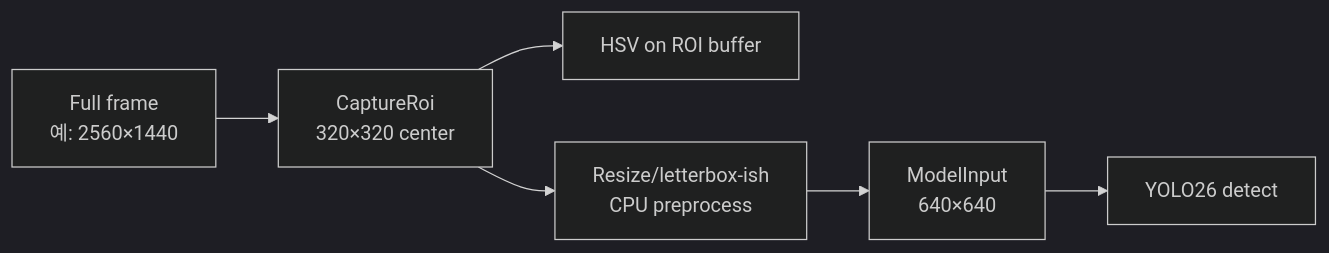
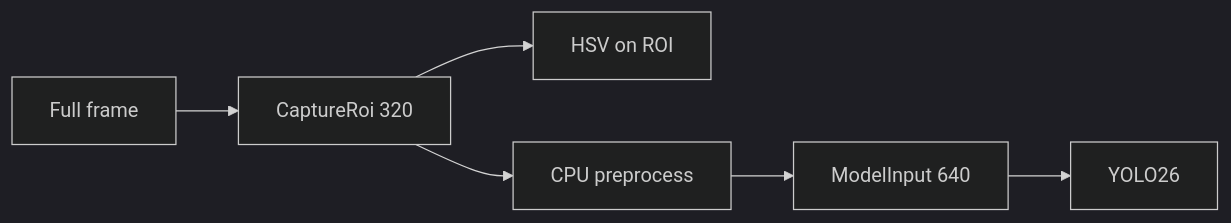
The seventh of 8 diagrams in 파이프라인.md (NAMUORI00/display-share), drawn with Mermaid (dark theme) before and after one commit. The commit also changed other lines of this file and 25 other files, not shown here.

First line of the commit message:
docs(wiki): complete pages for current privacy/DXGI architecture

````diff
--- a/파이프라인.md
+++ b/파이프라인.md
@@ -160,8 +150,8 @@
 ```mermaid
 flowchart LR
-  FULL["Full frame<br/>예: 2560×1440"] --> ROI["CaptureRoi<br/>320×320 center"]
-  ROI --> HSV["HSV on ROI buffer"]
-  ROI --> PRE["Resize/letterbox-ish<br/>CPU preprocess"]
-  PRE --> MI["ModelInput<br/>640×640"]
-  MI --> YOLO["YOLO26 detect"]
+  FULL[Full frame] --> ROI[CaptureRoi 320]
+  ROI --> HSV[HSV on ROI]
+  ROI --> PRE[CPU preprocess]
+  PRE --> MI[ModelInput 640]
+  MI --> YOLO[YOLO26]
 ```
````
